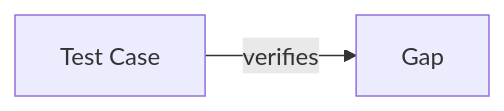
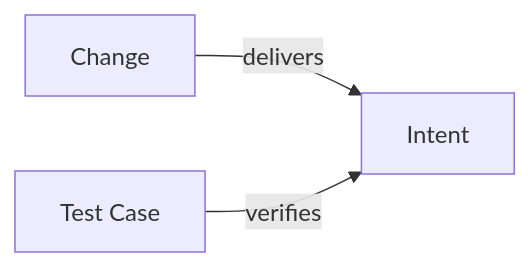
The diagram in engineering/metamodel/views/act.md (Kai-Hacks-AI/KAAL), drawn with Mermaid before and after one commit. The commit also changed other lines of this file and 9 other files, not shown here.

````diff
--- a/engineering/metamodel/views/act.md
+++ b/engineering/metamodel/views/act.md
@@ -14,4 +14,5 @@
 ```mermaid
 flowchart LR
-  TestCase["Test Case"] -->|verifies| Gap
+  Change -->|delivers| Intent
+  TestCase["Test Case"] -->|verifies| Intent
 ```
````
